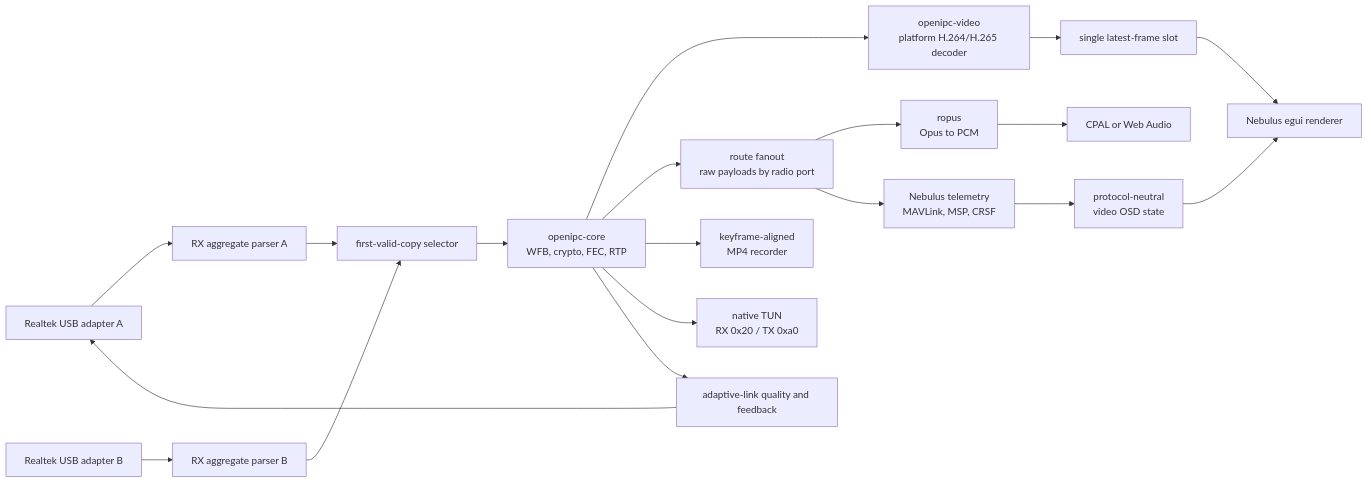
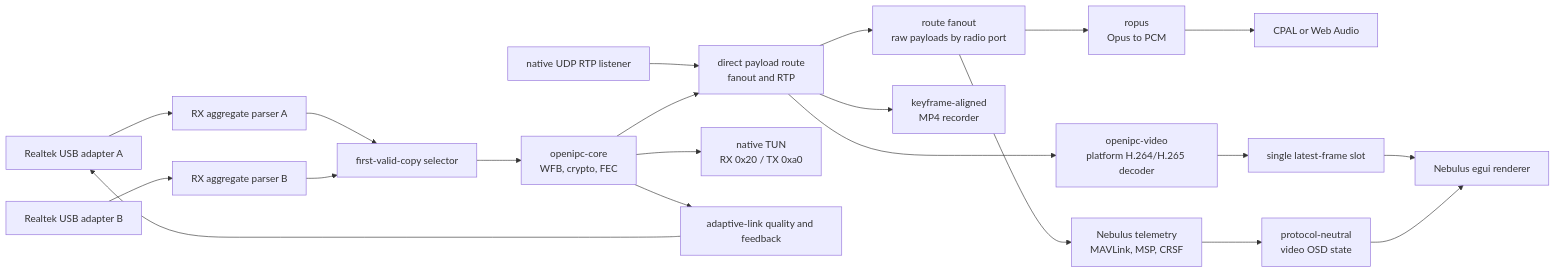
The diagram in docs/docs/nebulus.md (neelsani/openipc-rs), drawn with Mermaid before and after one commit. The commit also changed other lines of this file and 27 other files, not shown here.

Commit message:
feat(nebulus): add UDP RTP input and OSD profiles

````diff
--- a/docs/docs/nebulus.md
+++ b/docs/docs/nebulus.md
@@ -26,21 +26,23 @@
 ```mermaid
 flowchart LR
     USB1["Realtek USB adapter A"] --> RTL1["RX aggregate parser A"]
     USB2["Realtek USB adapter B"] --> RTL2["RX aggregate parser B"]
     RTL1 --> Diversity["first-valid-copy selector"]
     RTL2 --> Diversity
-    Diversity --> Core["openipc-core<br/>WFB, crypto, FEC, RTP"]
-    Core --> Video["openipc-video<br/>platform H.264/H.265 decoder"]
-    Core --> Routes["route fanout<br/>raw payloads by radio port"]
-    Core --> Record["keyframe-aligned<br/>MP4 recorder"]
+    Diversity --> Core["openipc-core<br/>WFB, crypto, FEC"]
+    UDP["native UDP RTP listener"] --> Fanout["direct payload route<br/>fanout and RTP"]
+    Core --> Fanout
+    Fanout --> Video["openipc-video<br/>platform H.264/H.265 decoder"]
+    Fanout --> Routes["route fanout<br/>raw payloads by radio port"]
+    Fanout --> Record["keyframe-aligned<br/>MP4 recorder"]
     Core --> Tun["native TUN<br/>RX 0x20 / TX 0xa0"]
     Routes --> Opus["ropus<br/>Opus to PCM"]
     Routes --> Telemetry["Nebulus telemetry<br/>MAVLink, MSP, CRSF"]
     Opus --> Audio["CPAL or Web Audio"]
     Telemetry --> OSD["protocol-neutral<br/>video OSD state"]
     Video --> Latest["single latest-frame slot"]
     Latest --> Egui["Nebulus egui renderer"]
     OSD --> Egui
     Core --> Link["adaptive-link quality and feedback"]
     Link --> USB1
 ```
````
